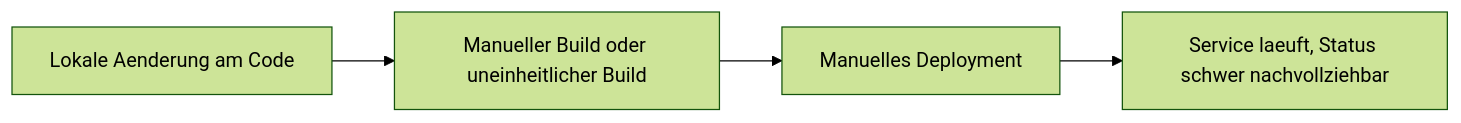
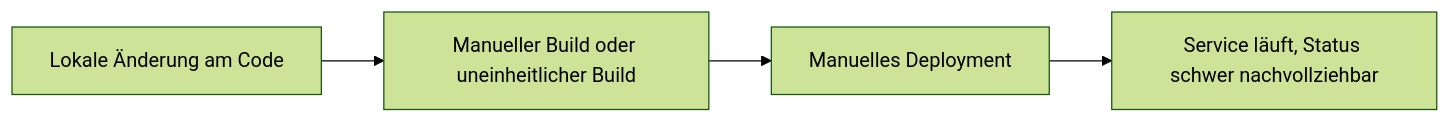
One commit to Cancani/geraeteausleihe-sem4 changed the first of 7 diagrams in docs/dokumentation.md. Above: the diagram before and after it, drawn with Mermaid (forest theme). The commit also changed other lines of this file, not shown here.

````diff
--- a/docs/dokumentation.md
+++ b/docs/dokumentation.md
@@ -51,6 +51,6 @@
 ```mermaid
 flowchart LR
-  A[Lokale Aenderung am Code] --> B[Manueller Build oder uneinheitlicher Build]
+  A[Lokale Änderung am Code] --> B[Manueller Build oder uneinheitlicher Build]
   B --> C[Manuelles Deployment]
-  C --> D[Service laeuft, Status schwer nachvollziehbar]
+  C --> D[Service läuft, Status schwer nachvollziehbar]
 ```
````
